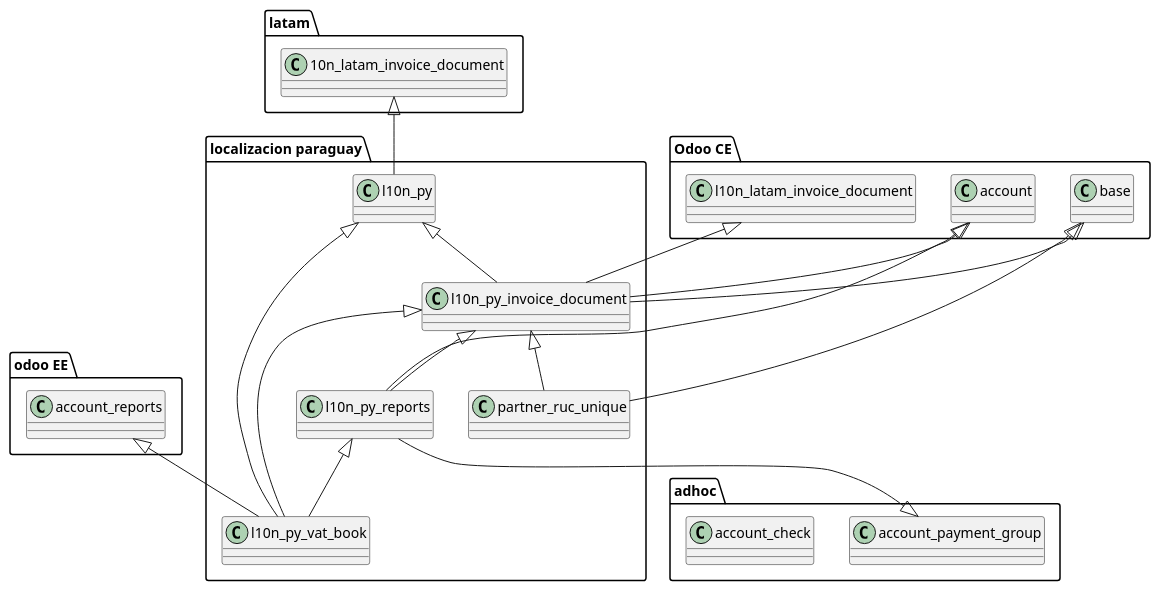
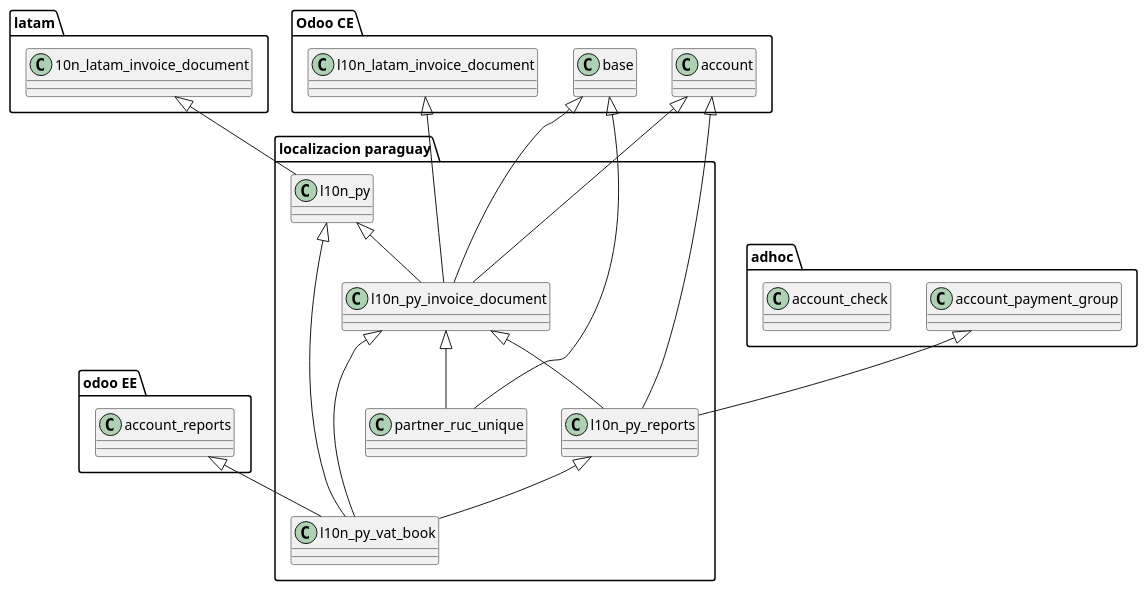
Before and after one commit to yasserdjerbi/test: the diagram in doc/global.puml, drawn with PlantUML.

Commit message:
[ADD] - puml integration

```diff
--- a/doc/global.puml
+++ b/doc/global.puml
@@ -1,45 +1,45 @@
 @startuml
 
 package "odoo EE" {
 class account_reports
 }
 
 package "Odoo CE" {
     class account
     class base
     class l10n_latam_invoice_document
 }
 package "latam" {
     class 10n_latam_invoice_document
 }
 package "localizacion paraguay" {
     class l10n_py
     class l10n_py_invoice_document
     class l10n_py_reports
     class l10n_py_vat_book
     class partner_ruc_unique
 }
 package "adhoc" {
     class account_payment_group
     class account_check
 }
 
 10n_latam_invoice_document <|-- l10n_py
-base <|-u- l10n_py_invoice_document
+base <|--- l10n_py_invoice_document
 l10n_py <|-- l10n_py_invoice_document
-account <|-- l10n_py_invoice_document
+account <|--- l10n_py_invoice_document
 l10n_latam_invoice_document <|-- l10n_py_invoice_document
 
 account <|-- l10n_py_reports
 l10n_py_invoice_document <|-- l10n_py_reports
-account_payment_group <|-u- l10n_py_reports
+account_payment_group <|-- l10n_py_reports
 
 l10n_py <|-- l10n_py_vat_book
 l10n_py_reports <|-- l10n_py_vat_book
 l10n_py_invoice_document <|-- l10n_py_vat_book
 account_reports <|-- l10n_py_vat_book
 
 base <|-- partner_ruc_unique
 l10n_py_invoice_document <|-- partner_ruc_unique
 
 @enduml
```
